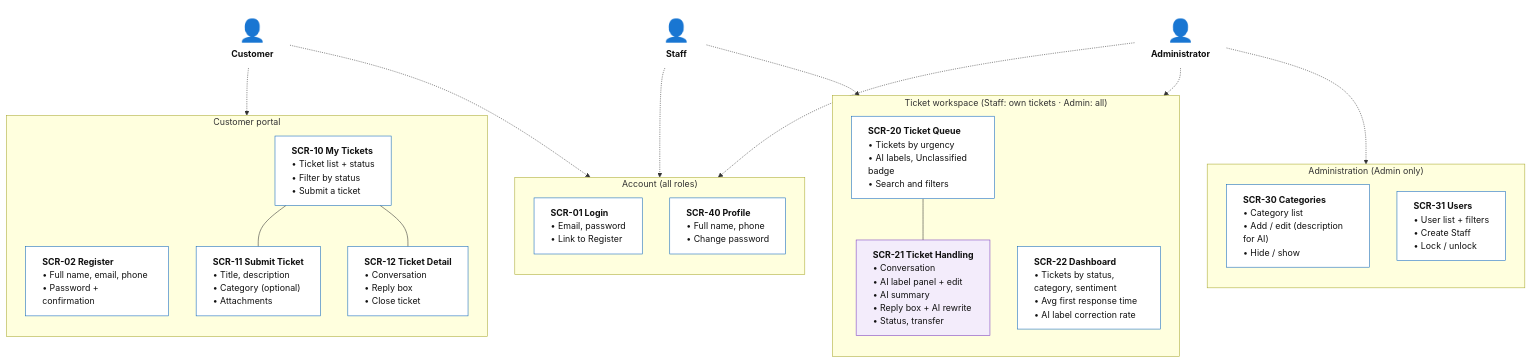
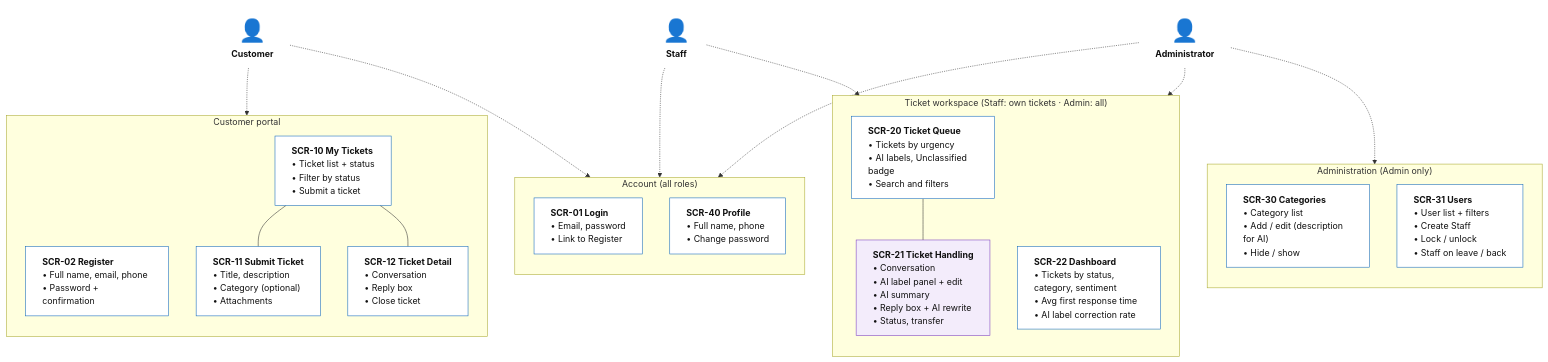
Before and after one commit to minhtuann1102/HelpdeskAI: the diagram in docs/03-information-architecture/01-sitemap.md, drawn with Mermaid. The commit also changed 26 other files, not shown here.

First line of the commit message:
docs: add Staff on leave set by the Administrator (D-20, US-36)

````diff
--- a/docs/03-information-architecture/01-sitemap.md
+++ b/docs/03-information-architecture/01-sitemap.md
@@ -15,51 +15,51 @@
 ```mermaid
 flowchart TB
     customer["<span style='font-size:40px'>👤</span><br/><b>Customer</b>"]
     staff["<span style='font-size:40px'>👤</span><br/><b>Staff</b>"]
     admin["<span style='font-size:40px'>👤</span><br/><b>Administrator</b>"]
 
     subgraph portal["Customer portal"]
         direction TB
         register["<b>SCR-02 Register</b><br/>• Full name, email, phone<br/>• Password + confirmation"]
         myTickets["<b>SCR-10 My Tickets</b><br/>• Ticket list + status<br/>• Filter by status<br/>• Submit a ticket"]
         submit["<b>SCR-11 Submit Ticket</b><br/>• Title, description<br/>• Category (optional)<br/>• Attachments"]
         custDetail["<b>SCR-12 Ticket Detail</b><br/>• Conversation<br/>• Reply box<br/>• Close ticket"]
         myTickets --- submit
         myTickets --- custDetail
     end
 
     subgraph account["Account (all roles)"]
         direction TB
         login["<b>SCR-01 Login</b><br/>• Email, password<br/>• Link to Register"]
         profile["<b>SCR-40 Profile</b><br/>• Full name, phone<br/>• Change password"]
     end
 
     subgraph workspace["Ticket workspace (Staff: own tickets · Admin: all)"]
         direction TB
         queue["<b>SCR-20 Ticket Queue</b><br/>• Tickets by urgency<br/>• AI labels, Unclassified badge<br/>• Search and filters"]
         handling["<b>SCR-21 Ticket Handling</b><br/>• Conversation<br/>• AI label panel + edit<br/>• AI summary<br/>• Reply box + AI rewrite<br/>• Status, transfer"]
         dashboard["<b>SCR-22 Dashboard</b><br/>• Tickets by status, category, sentiment<br/>• Avg first response time<br/>• AI label correction rate"]
         queue --- handling
     end
 
     subgraph administration["Administration (Admin only)"]
         direction TB
         categories["<b>SCR-30 Categories</b><br/>• Category list<br/>• Add / edit (description for AI)<br/>• Hide / show"]
-        users["<b>SCR-31 Users</b><br/>• User list + filters<br/>• Create Staff<br/>• Lock / unlock"]
+        users["<b>SCR-31 Users</b><br/>• User list + filters<br/>• Create Staff<br/>• Lock / unlock<br/>• Staff on leave / back"]
     end
 
     customer -.-> portal
     customer -.-> account
     staff -.-> account
     staff -.-> workspace
     admin -.-> account
     admin -.-> workspace
     admin -.-> administration
 
     classDef actor fill:none,stroke:none,color:#111
     classDef screen fill:#fff,color:#111,stroke:#1168bd,text-align:left
     classDef ai fill:#f3ecfb,color:#111,stroke:#7b3fbf,text-align:left
     class customer,staff,admin actor
     class login,register,profile,myTickets,submit,custDetail,queue,dashboard,categories,users screen
     class handling ai
 ```
````
